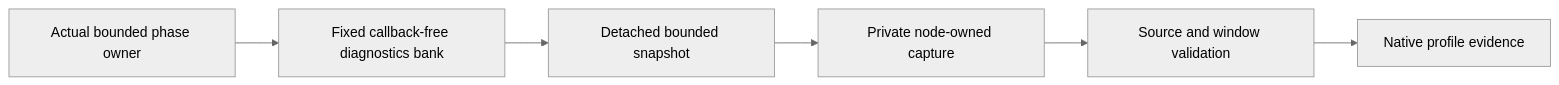
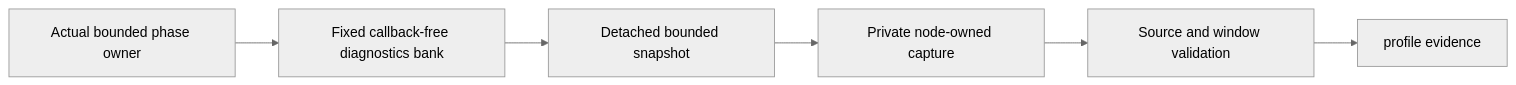
Before and after one commit to managedcode/KeyLoad: the diagram in docs/ADR/ADR-063-bounded-database-phase-profiling.md, drawn with Mermaid (neutral theme). The commit also changed other lines of this file and 9016 other files, not shown here.

````diff
--- a/docs/ADR/ADR-063-bounded-database-phase-profiling.md
+++ b/docs/ADR/ADR-063-bounded-database-phase-profiling.md
@@ -14,8 +14,8 @@
 ```mermaid
 flowchart LR
     Producer[Actual bounded phase owner] --> Bank[Fixed callback-free diagnostics bank]
     Bank --> Snapshot[Detached bounded snapshot]
     Snapshot --> Capture[Private node-owned capture]
     Capture --> Validate[Source and window validation]
-    Validate --> Evidence[Native profile evidence]
+    Validate --> Evidence[profile evidence]
 ```
````
